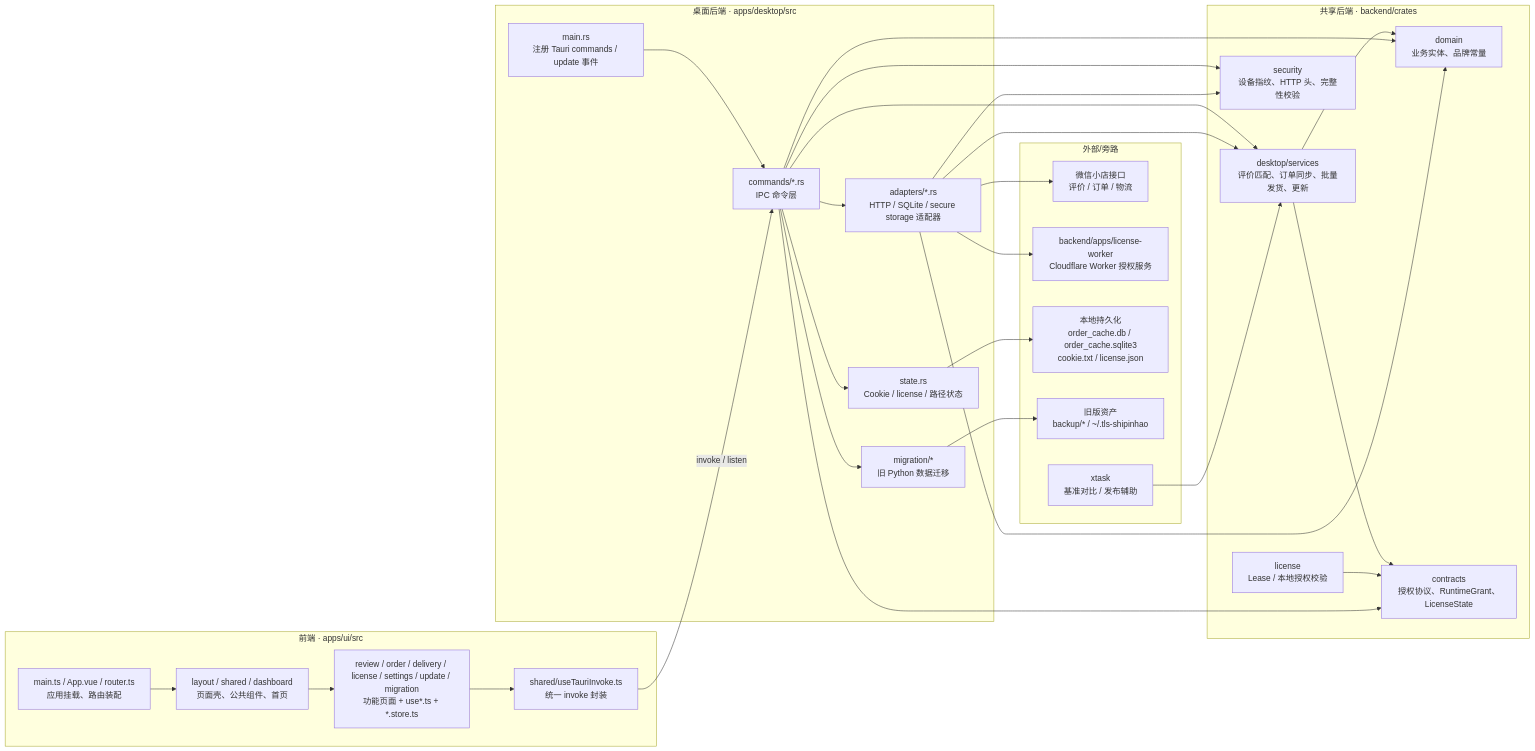
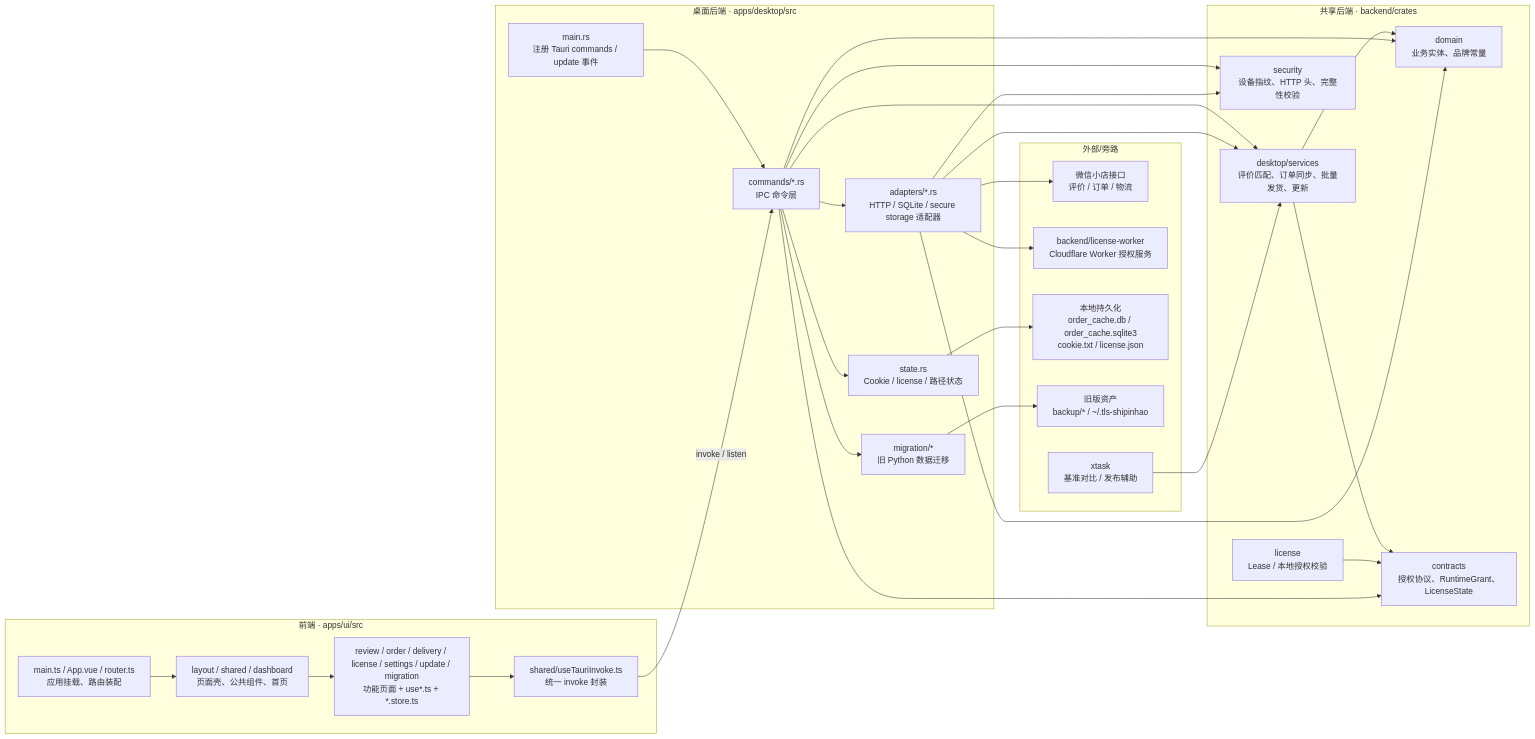
One commit to TuoLingTeam/TLS-shipinhao changed the diagram in docs/security/前后端目录职责图.md. Above: the diagram before and after it, drawn with Mermaid. The commit also changed other lines of this file and 6 other files, not shown here.

````diff
--- a/docs/security/前后端目录职责图.md
+++ b/docs/security/前后端目录职责图.md
@@ -15,56 +15,56 @@
 ```mermaid
 flowchart LR
   subgraph FE[前端 · apps/ui/src]
     FE0[main.ts / App.vue / router.ts\n应用挂载、路由装配]
     FE1[layout / shared / dashboard\n页面壳、公共组件、首页]
     FE2[review / order / delivery / license / settings / update / migration\n功能页面 + use*.ts + *.store.ts]
     FE3[shared/useTauriInvoke.ts\n统一 invoke 封装]
     FE0 --> FE1 --> FE2
     FE2 --> FE3
   end
 
   subgraph DESKTOP[桌面后端 · apps/desktop/src]
     D0[main.rs\n注册 Tauri commands / update 事件]
     D1[commands/*.rs\nIPC 命令层]
     D2[state.rs\nCookie / license / 路径状态]
     D3[migration/*\n旧 Python 数据迁移]
     D4[adapters/*.rs\nHTTP / SQLite / secure storage 适配器]
     D0 --> D1
     D1 --> D2
     D1 --> D3
     D1 --> D4
   end
 
   subgraph CRATES[共享后端 · backend/crates]
     C0[desktop/services\n评价匹配、订单同步、批量发货、更新]
     C1[domain\n业务实体、品牌常量]
     C2[contracts\n授权协议、RuntimeGrant、LicenseState]
     C3[security\n设备指纹、HTTP 头、完整性校验]
     C4[license\nLease / 本地授权校验]
     C0 --> C1
     C0 --> C2
     C4 --> C2
   end
 
   subgraph EXT[外部/旁路]
     E0[微信小店接口\n评价 / 订单 / 物流]
-    E1[backend/apps/license-worker\nCloudflare Worker 授权服务]
+    E1[backend/license-worker\nCloudflare Worker 授权服务]
     E2[本地持久化\norder_cache.db / order_cache.sqlite3\ncookie.txt / license.json]
     E3[旧版资产\nbackup/* / ~/.tls-shipinhao]
     E4[xtask\n基准对比 / 发布辅助]
   end
 
   FE3 -->|invoke / listen| D1
   D1 --> C0
   D1 --> C1
   D1 --> C2
   D1 --> C3
   D4 --> C0
   D4 --> C1
   D4 --> C3
   D4 --> E0
   D4 --> E1
   D2 --> E2
   D3 --> E3
   E4 --> C0
 ```
````
